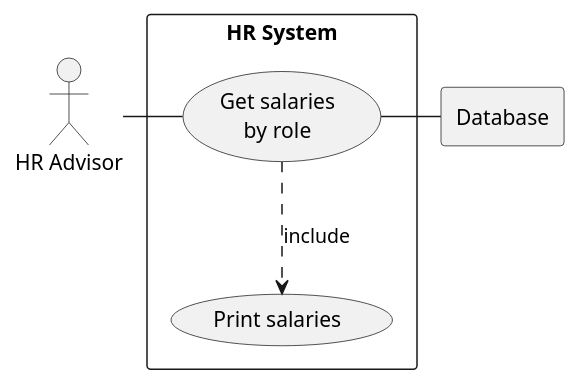
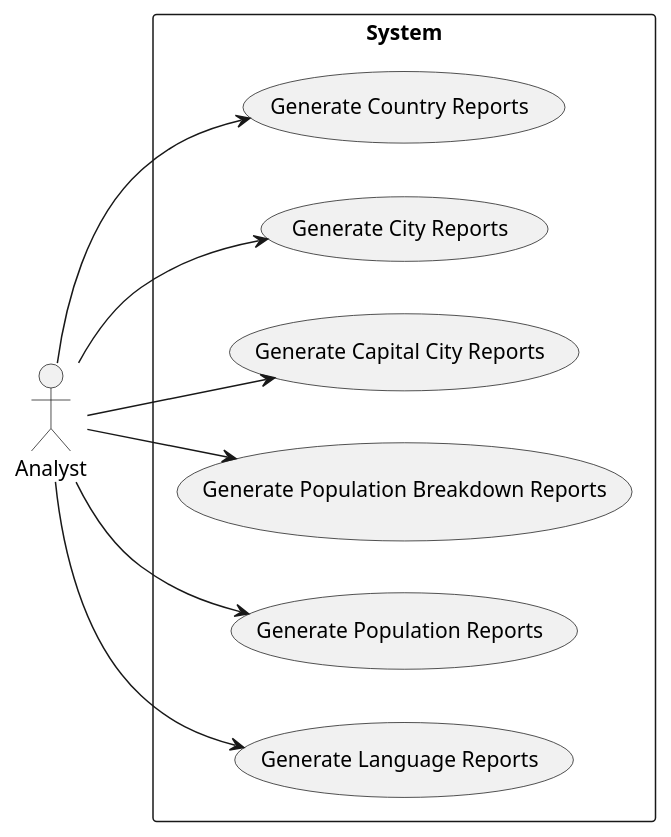
Before and after one commit to umitsogut/DevOpsLabs: the diagram in use-cases/HR System.puml, drawn with PlantUML.

Commit message:
Use-case updated

```diff
--- a/use-cases/HR System.puml
+++ b/use-cases/HR System.puml
@@ -1,18 +1,18 @@
 @startuml
-
-actor HR as "HR Advisor"
-
-rectangle Database
-
-rectangle "HR System" {
-    usecase UC4 as "Get salaries
-    by role"
-
-    usecase UCa as "Print salaries"
-
-    HR - UC4
-    UC4 ..> UCa : include
-    UC4 - Database
+actor AN as "Analyst"
+left to right direction
+rectangle "System" {
+    usecase "Generate Country Reports" as UC1
+    usecase "Generate City Reports" as UC2
+    usecase "Generate Capital City Reports" as UC3
+    usecase "Generate Population Breakdown Reports" as UC4
+    usecase "Generate Population Reports" as UC5
+    usecase "Generate Language Reports" as UC6
 }
-
+AN --> UC1
+AN --> UC2
+AN --> UC3
+AN --> UC4
+AN --> UC5
+AN --> UC6
 @enduml
```
